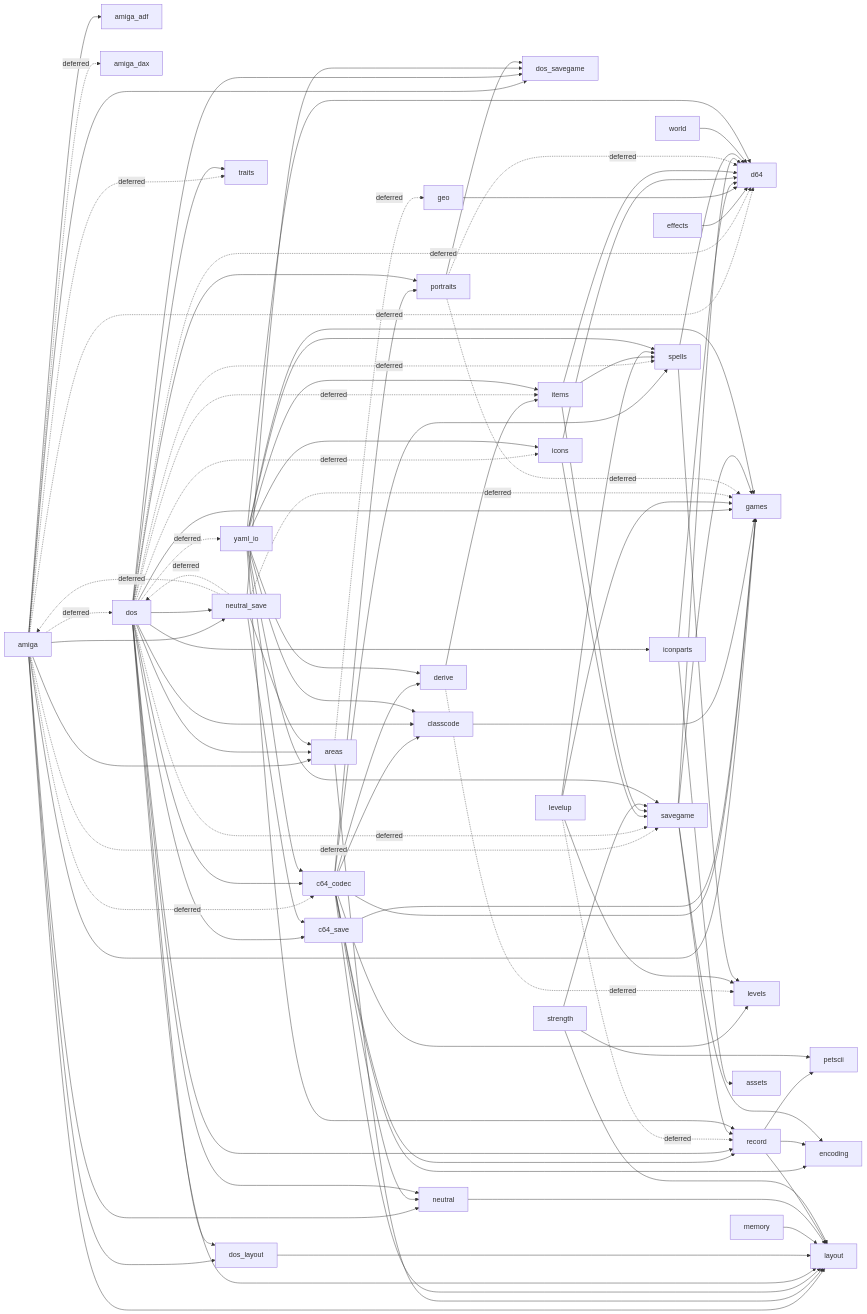
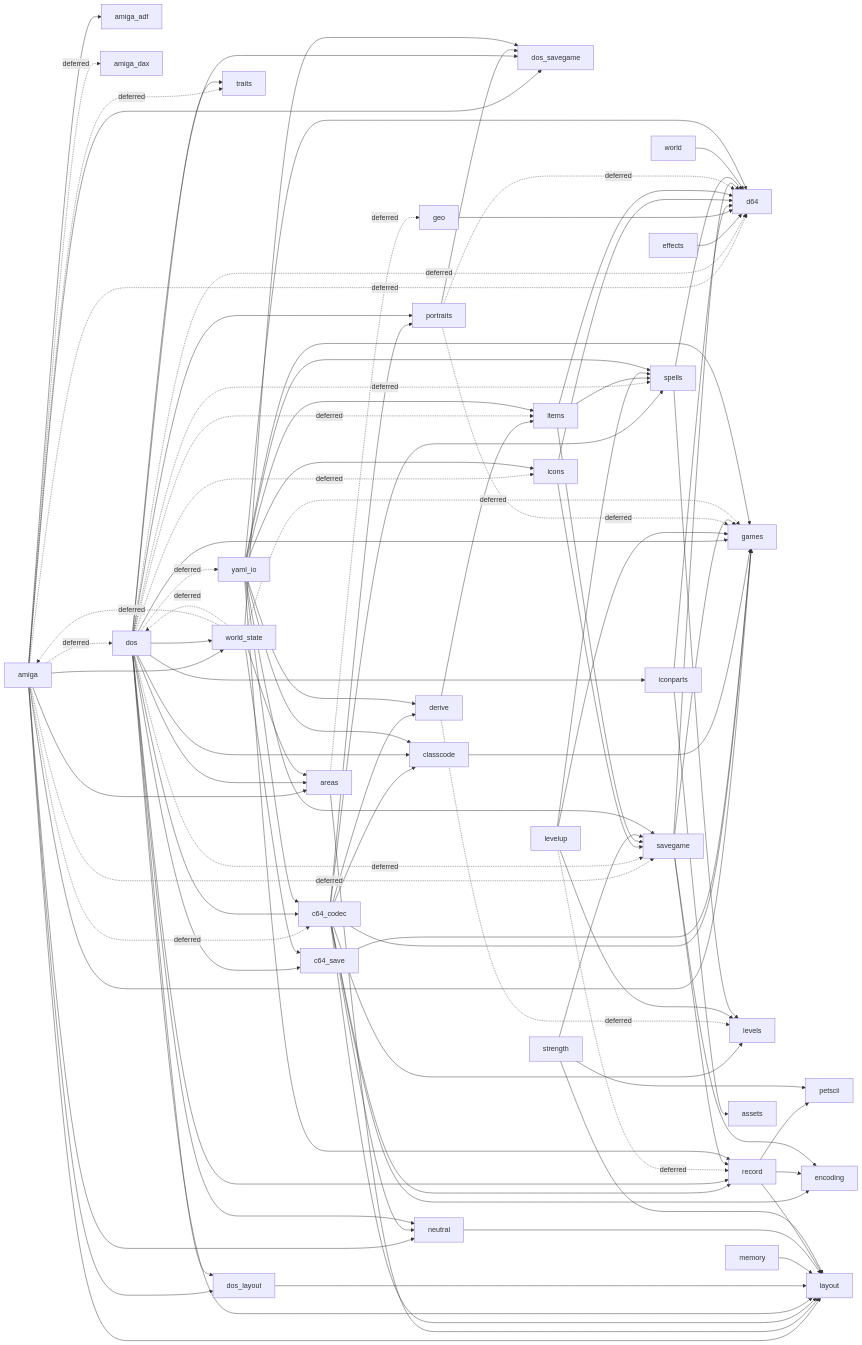
Before and after one commit to malcyon/wish: the fourth of 4 diagrams in docs/117-save-conversion.md, drawn with Mermaid. The commit also changed 13 other files, not shown here.

First line of the commit message:
Rename NeutralSave to WorldState, the name Donald gave the thing it holds (#352)

```diff
--- a/docs/117-save-conversion.md
+++ b/docs/117-save-conversion.md
@@ -1866,9 +1866,9 @@
   amiga --> games
   amiga --> layout
   amiga --> neutral
-  amiga --> neutral_save
   amiga -.->|deferred| savegame
   amiga -.->|deferred| traits
+  amiga --> world_state
   areas -.->|deferred| geo
   areas --> layout
   c64_codec --> classcode
@@ -1898,12 +1898,12 @@
   dos -.->|deferred| items
   dos --> layout
   dos --> neutral
-  dos --> neutral_save
   dos --> portraits
   dos --> record
   dos -.->|deferred| savegame
   dos -.->|deferred| spells
   dos --> traits
+  dos --> world_state
   dos -.->|deferred| yaml_io
   dos_layout --> layout
   effects --> d64
@@ -1921,12 +1921,6 @@
   levelup --> spells
   memory --> layout
   neutral --> layout
-  neutral_save -.->|deferred| amiga
-  neutral_save --> areas
-  neutral_save --> c64_save
-  neutral_save -.->|deferred| dos
-  neutral_save --> dos_savegame
-  neutral_save -.->|deferred| games
   portraits -.->|deferred| d64
   portraits --> dos_savegame
   portraits -.->|deferred| games
@@ -1943,6 +1937,12 @@
   strength --> petscii
   strength --> savegame
   world --> d64
+  world_state -.->|deferred| amiga
+  world_state --> areas
+  world_state --> c64_save
+  world_state -.->|deferred| dos
+  world_state --> dos_savegame
+  world_state -.->|deferred| games
   yaml_io --> c64_codec
   yaml_io --> classcode
   yaml_io --> d64
```
